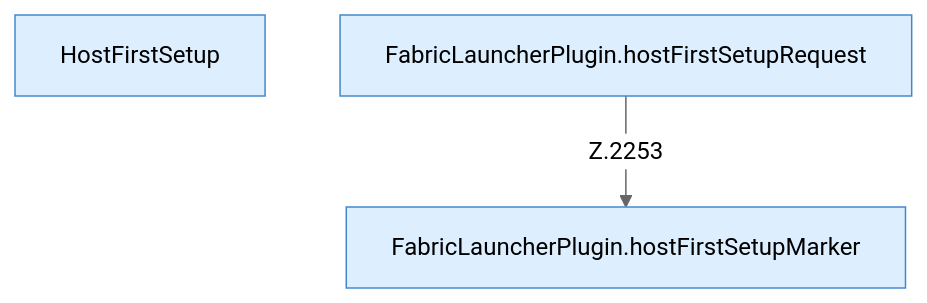
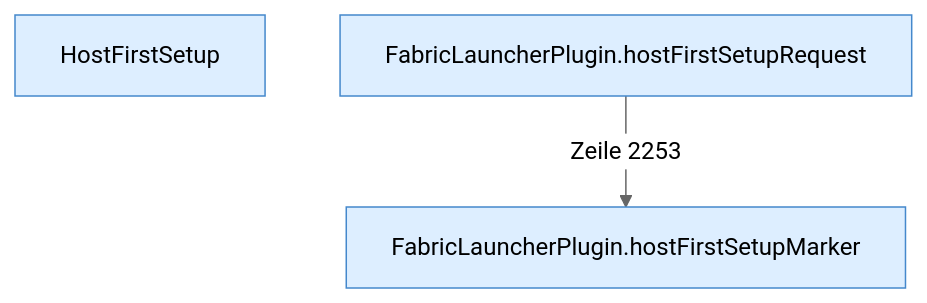
The diagram in Host-Ersteinrichtung.md (PrinceDiamant/minecraft-serverhoster-plugin), drawn with Mermaid (neutral theme) before and after one commit. The commit also changed other lines of this file and 2005 other files, not shown here.

````diff
--- a/Host-Ersteinrichtung.md
+++ b/Host-Ersteinrichtung.md
@@ -5,9 +5,9 @@
 ```mermaid
 flowchart TD
   n1["HostFirstSetup"]:::internal-link
   n2["FabricLauncherPlugin.hostFirstSetupMarker"]:::internal-link
   n3["FabricLauncherPlugin.hostFirstSetupRequest"]:::internal-link
-  n3 -->|"Z.2253"| n2
+  n3 -->|"Zeile 2253"| n2
   classDef internal-link fill:#ddeeff,stroke:#4488cc
   classDef befund fill:#f88
 ```
````
